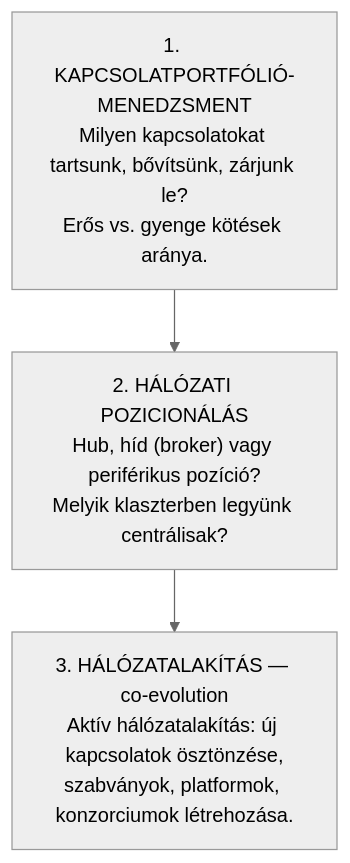
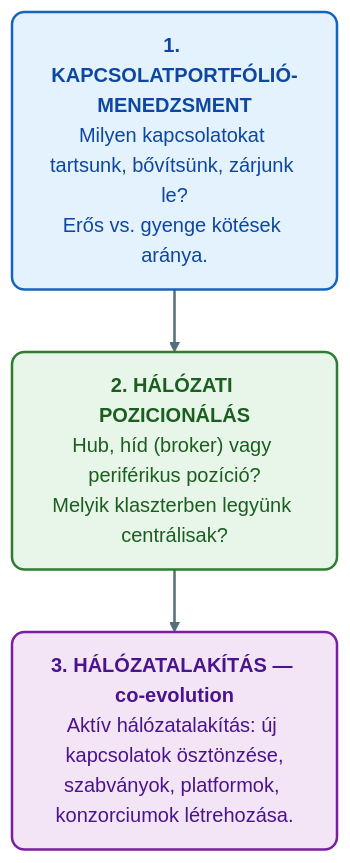
One commit to denespocsik/MM_BSC_Zarovizsga changed the third of 6 diagrams in Tételek/V20-GMXVU2MBLF-Hálózati üzleti stratégia.tétel.md. Above: the diagram before and after it, drawn with Mermaid (neutral theme). The commit also changed other lines of this file and 34 other files, not shown here.

First line of the commit message:
style(tételek): egységes vizuális arculat a Mermaid-diagramokhoz

````diff
--- a/Tételek/V20-GMXVU2MBLF-Hálózati üzleti stratégia.tétel.md
+++ b/Tételek/V20-GMXVU2MBLF-Hálózati üzleti stratégia.tétel.md
@@ -45,8 +55,14 @@
 ```mermaid
 flowchart TD
-    S1["1. KAPCSOLATPORTFÓLIÓ-MENEDZSMENT\nMilyen kapcsolatokat tartsunk, bővítsünk, zárjunk le?\nErős vs. gyenge kötések aránya."]
-    S2["2. HÁLÓZATI POZICIONÁLÁS\nHub, híd (broker) vagy periférikus pozíció?\nMelyik klaszterben legyünk centrálisak?"]
-    S3["3. HÁLÓZATALAKÍTÁS — co-evolution\nAktív hálózatalakítás: új kapcsolatok ösztönzése,\nszabványok, platformok, konzorciumok létrehozása."]
+    S1["<b>1. KAPCSOLATPORTFÓLIÓ-MENEDZSMENT</b><br/>Milyen kapcsolatokat tartsunk, bővítsünk, zárjunk le?<br/>Erős vs. gyenge kötések aránya."]:::kek
+    S2["<b>2. HÁLÓZATI POZICIONÁLÁS</b><br/>Hub, híd (broker) vagy periférikus pozíció?<br/>Melyik klaszterben legyünk centrálisak?"]:::zold
+    S3["<b>3. HÁLÓZATALAKÍTÁS — co-evolution</b><br/>Aktív hálózatalakítás: új kapcsolatok ösztönzése,<br/>szabványok, platformok, konzorciumok létrehozása."]:::lila
 
     S1 --> S2 --> S3
+
+    classDef kek  fill:#e3f2fd,stroke:#1565c0,stroke-width:2px,color:#0d47a1,rx:10,ry:10;
+    classDef zold fill:#e8f5e9,stroke:#2e7d32,stroke-width:2px,color:#1b5e20,rx:10,ry:10;
+    classDef lila fill:#f3e5f5,stroke:#7b1fa2,stroke-width:2px,color:#4a148c,rx:10,ry:10;
+
+    linkStyle default stroke:#546e7a,stroke-width:2px;
 ```
````
